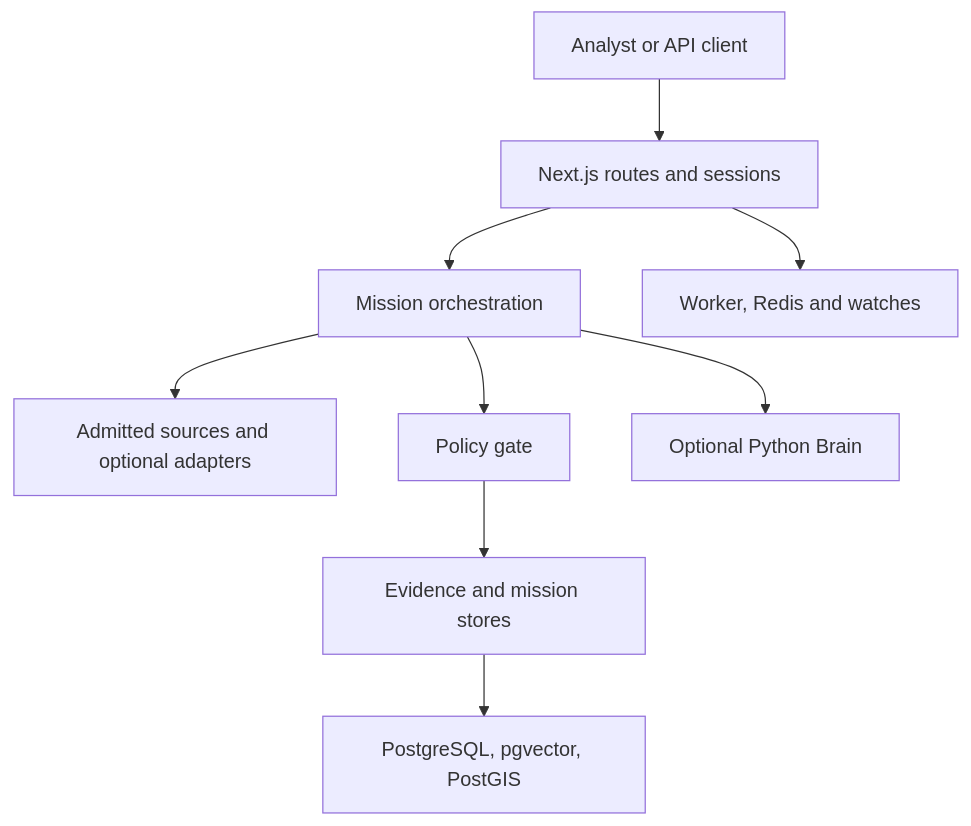
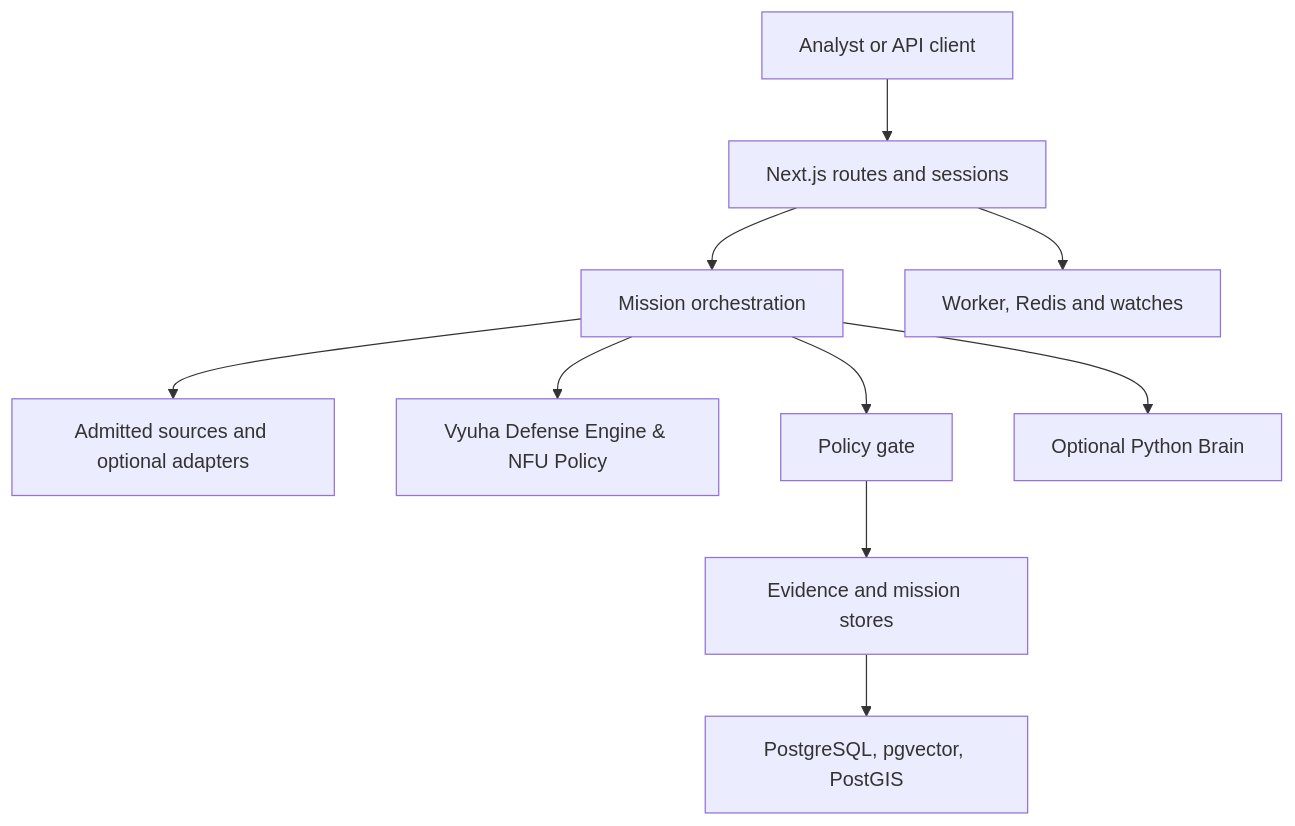
Before and after one commit to Tashima-Tarsh/Disha6.6: the diagram in docs/wiki/Architecture.md, drawn with Mermaid. The commit also changed other lines of this file and 2 other files, not shown here.

Commit message:
docs: integrate Vyuha Defense Engine into README, architecture and capabilities

````diff
--- a/docs/wiki/Architecture.md
+++ b/docs/wiki/Architecture.md
@@ -5,11 +5,12 @@
 ```mermaid
 flowchart TD
     U["Analyst or API client"] --> A["Next.js routes and sessions"]
     A --> O["Mission orchestration"]
     O --> S["Admitted sources and optional adapters"]
+    O --> V["Vyuha Defense Engine & NFU Policy"]
     O --> P["Policy gate"]
     P --> E["Evidence and mission stores"]
     E --> D["PostgreSQL, pgvector, PostGIS"]
     O --> B["Optional Python Brain"]
     A --> W["Worker, Redis and watches"]
 ```
````
